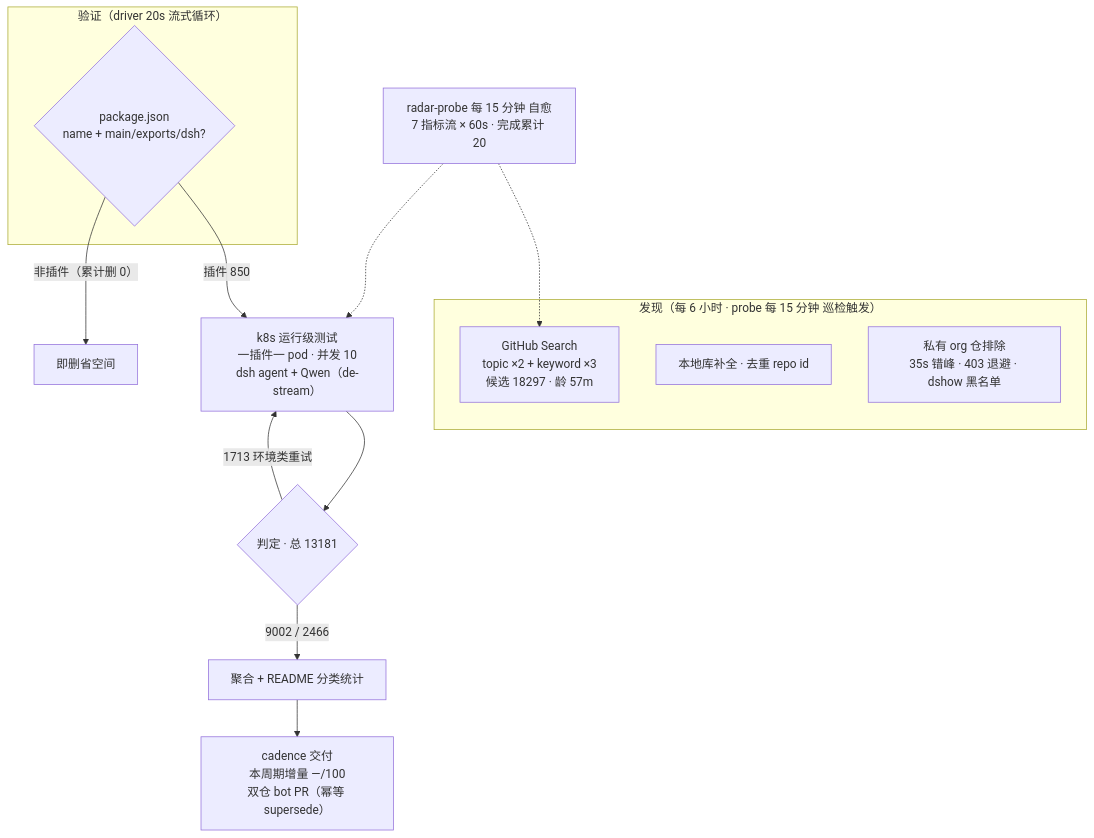
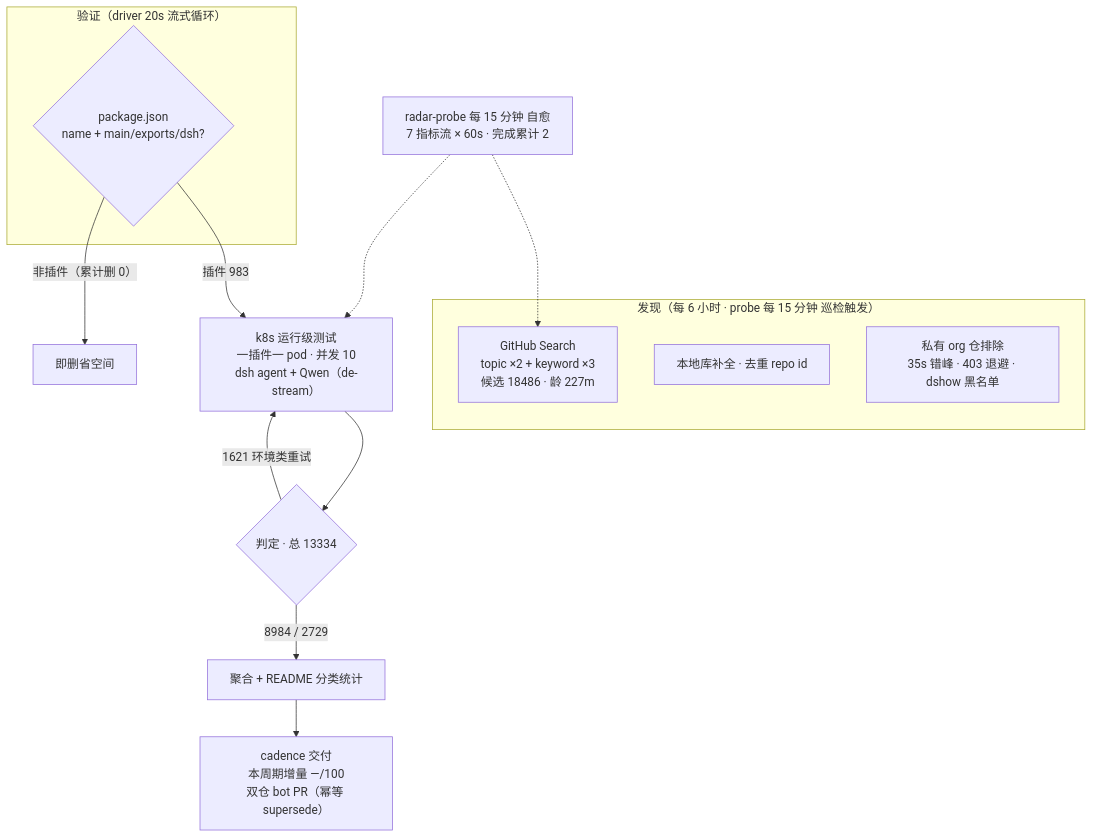
The diagram in public/readmes/awesome-dsh-plugins.md (the-beating-light-of-the-nail/dsh-meme-hub-site), drawn with Mermaid before and after one commit. The commit also changed other lines of this file and 212 other files, not shown here.

````diff
--- a/public/readmes/awesome-dsh-plugins.md
+++ b/public/readmes/awesome-dsh-plugins.md
@@ -52,20 +52,20 @@
 ```mermaid
 flowchart TB
     subgraph Discovery["发现（每 6 小时 · probe 每 15 分钟 巡检触发）"]
-        A1["GitHub Search<br/>topic ×2 + keyword ×3<br/>候选 18297 · 龄 57m"]
+        A1["GitHub Search<br/>topic ×2 + keyword ×3<br/>候选 18486 · 龄 227m"]
         A2["本地库补全 · 去重 repo id"]
         A3["私有 org 仓排除<br/>35s 错峰 · 403 退避 · dshow 黑名单"]
     end
     subgraph Validation["验证（driver 20s 流式循环）"]
         B1{"package.json<br/>name + main/exports/dsh?"}
     end
-    B1 -->|"插件 850"| C1["k8s 运行级测试<br/>一插件一 pod · 并发 10<br/>dsh agent + Qwen（de-stream）"]
+    B1 -->|"插件 983"| C1["k8s 运行级测试<br/>一插件一 pod · 并发 10<br/>dsh agent + Qwen（de-stream）"]
     B1 -->|"非插件（累计删 0）"| B3["即删省空间"]
-    C1 --> D1{"判定 · 总 13181"}
-    D1 -->|"9002 / 2466"| E1["聚合 + README 分类统计"]
-    D1 -->|"1713 环境类重试"| C1
+    C1 --> D1{"判定 · 总 13334"}
+    D1 -->|"8984 / 2729"| E1["聚合 + README 分类统计"]
+    D1 -->|"1621 环境类重试"| C1
     E1 --> E2["cadence 交付<br/>本周期增量 —/100<br/>双仓 bot PR（幂等 supersede）"]
-    M["radar-probe 每 15 分钟 自愈<br/>7 指标流 × 60s · 完成累计 20"]
+    M["radar-probe 每 15 分钟 自愈<br/>7 指标流 × 60s · 完成累计 2"]
     M -.-> A1
     M -.-> C1
 ```
````
